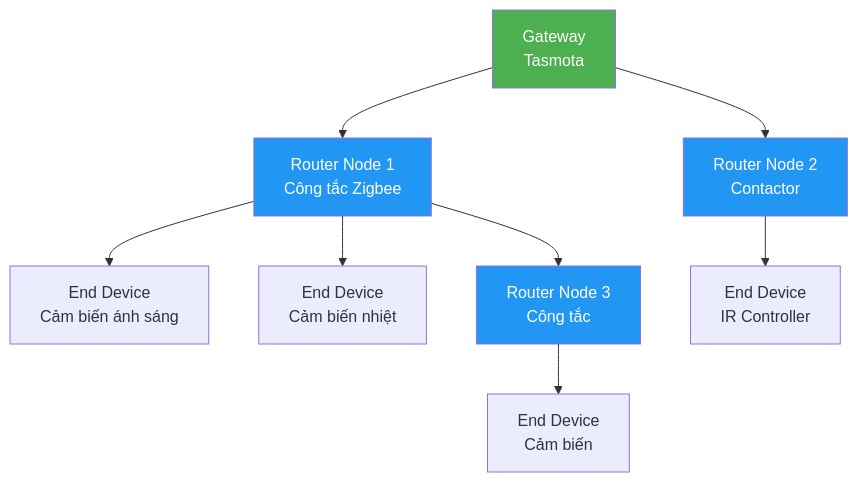
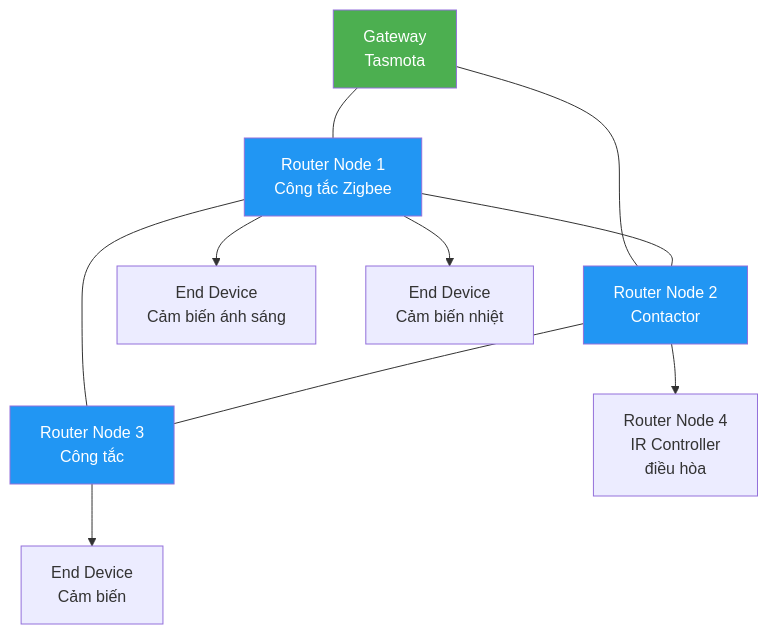
One commit to huongvn/HLCFEOS changed the second of 3 diagrams in slides/05-zigbee.md. Above: the diagram before and after it, drawn with Mermaid. The commit also changed other lines of this file and 1 other file, not shown here.

First line of the commit message:
fix(slide-02,05): correct Zigbee mesh topology and device roles

````diff
--- a/slides/05-zigbee.md
+++ b/slides/05-zigbee.md
@@ -57,15 +57,17 @@
 ```mermaid
 graph TB
-    A[Gateway<br/>Tasmota] --> B[Router Node 1<br/>Công tắc Zigbee]
-    A --> C[Router Node 2<br/>Contactor]
+    A[Gateway<br/>Tasmota] --- B[Router Node 1<br/>Công tắc Zigbee]
+    A --- C[Router Node 2<br/>Contactor]
+    B --- C
+    B --- G[Router Node 3<br/>Công tắc]
+    C --- G
     B --> D[End Device<br/>Cảm biến ánh sáng]
     B --> E[End Device<br/>Cảm biến nhiệt]
-    C --> F[End Device<br/>IR Controller]
-    B --> G[Router Node 3<br/>Công tắc]
+    C --> F[Router Node 4<br/>IR Controller<br/>điều hòa]
     G --> H[End Device<br/>Cảm biến]
     
     style A fill:#4CAF50,color:#fff
     style B fill:#2196F3,color:#fff
     style C fill:#2196F3,color:#fff
     style G fill:#2196F3,color:#fff
 ```
````
